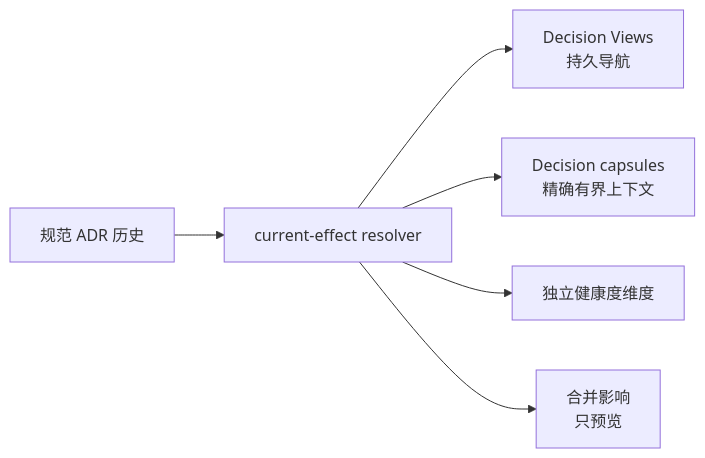
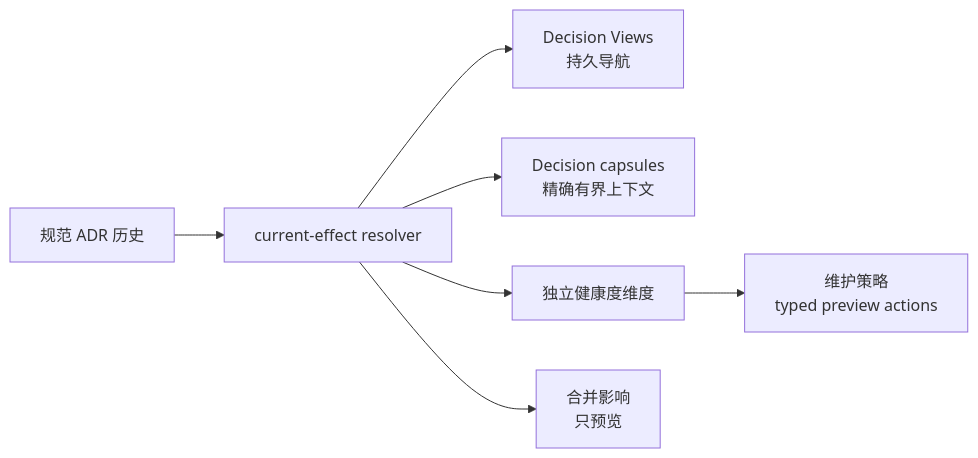
The fifth of 8 diagrams in README.zh-CN.md (XiaoWeiKIN/RepoFoundryAI), drawn with Mermaid before and after one commit. The commit also changed other lines of this file and 26 other files, not shown here.

````diff
--- a/README.zh-CN.md
+++ b/README.zh-CN.md
@@ -271,8 +271,9 @@
 ```mermaid
 flowchart LR
     A["规范 ADR 历史"] --> R["current-effect resolver"]
     R --> V["Decision Views<br/>持久导航"]
     R --> C["Decision capsules<br/>精确有界上下文"]
     R --> H["独立健康度维度"]
+    H --> M["维护策略<br/>typed preview actions"]
     R --> P["合并影响<br/>只预览"]
 ```
````
